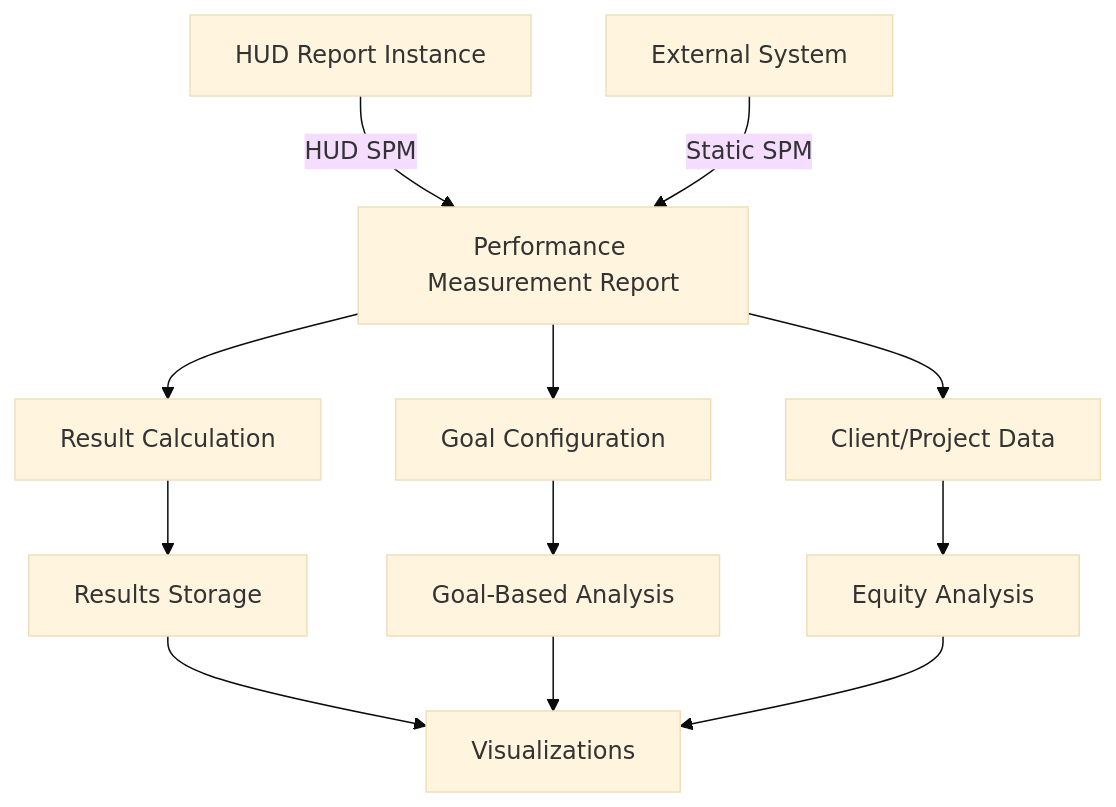
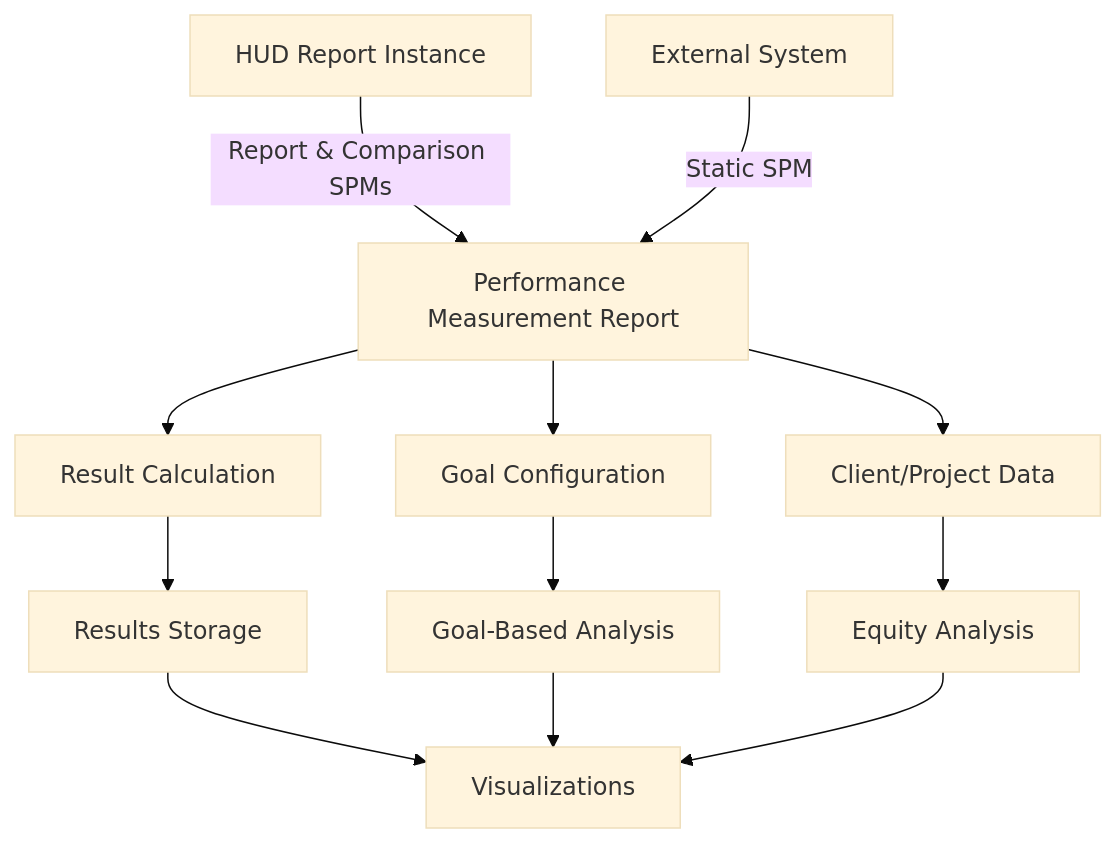
The first of 2 diagrams in drivers/performance_measurement/README.md (greenriver/hmis-warehouse), drawn with Mermaid (base theme) before and after one commit. The commit also changed other lines of this file and 2 other files, not shown here.

Commit message:
7357-system-performance

````diff
--- a/drivers/performance_measurement/README.md
+++ b/drivers/performance_measurement/README.md
@@ -20,14 +20,14 @@
 ```mermaid
 graph TD
-    A[HUD Report Instance] -->|HUD SPM| B[Performance Measurement Report]
+    A[HUD Report Instance] -->|Report & Comparison SPMs| B[Performance Measurement Report]
     Z[External System] -->|Static SPM| B
     B --> C[Result Calculation]
     C --> D[Results Storage]
     B --> E[Goal Configuration]
     E --> F[Goal-Based Analysis]
     B --> G[Client/Project Data]
     G --> H[Equity Analysis]
     D --> I[Visualizations]
     F --> I
     H --> I
 ```
````
